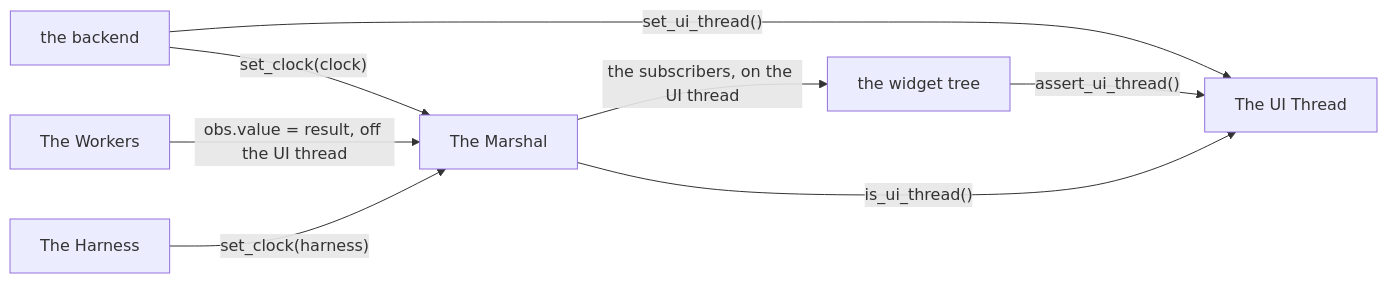
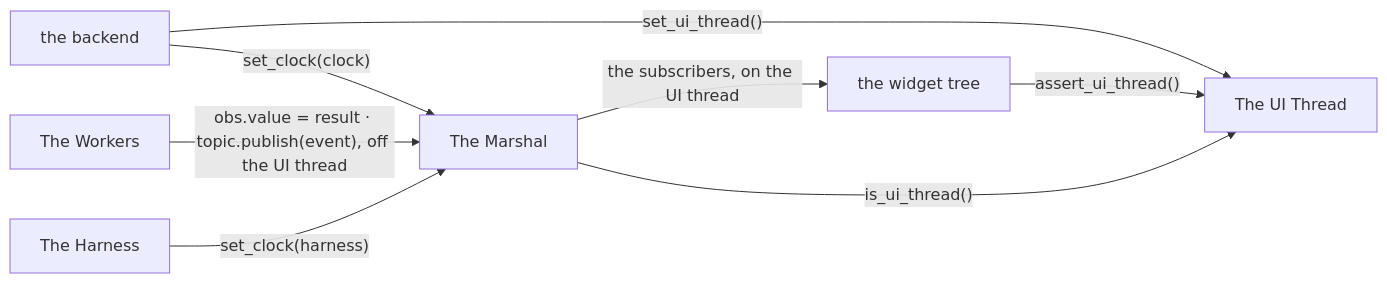
Before and after one commit to yuksblog/nuiitivet: the first of 7 diagrams in docs/design/CONCURRENCY_MODEL.md, drawn with Mermaid. The commit also changed other lines of this file and 20 other files, not shown here.

````diff
--- a/docs/design/CONCURRENCY_MODEL.md
+++ b/docs/design/CONCURRENCY_MODEL.md
@@ -12,17 +12,17 @@
 ```mermaid
 flowchart LR
     thread[The UI Thread]
     marshal[The Marshal]
     workers[The Workers]
     harness[The Harness]
     tree[the widget tree]
     backend[the backend]
 
     backend -- "set_ui_thread()" --> thread
     backend -- "set_clock(clock)" --> marshal
     tree -- "assert_ui_thread()" --> thread
     marshal -- "is_ui_thread()" --> thread
-    workers -- "obs.value = result, off the UI thread" --> marshal
+    workers -- "obs.value = result · topic.publish(event), off the UI thread" --> marshal
     marshal -- "the subscribers, on the UI thread" --> tree
     harness -- "set_clock(harness)" --> marshal
 ```
````
